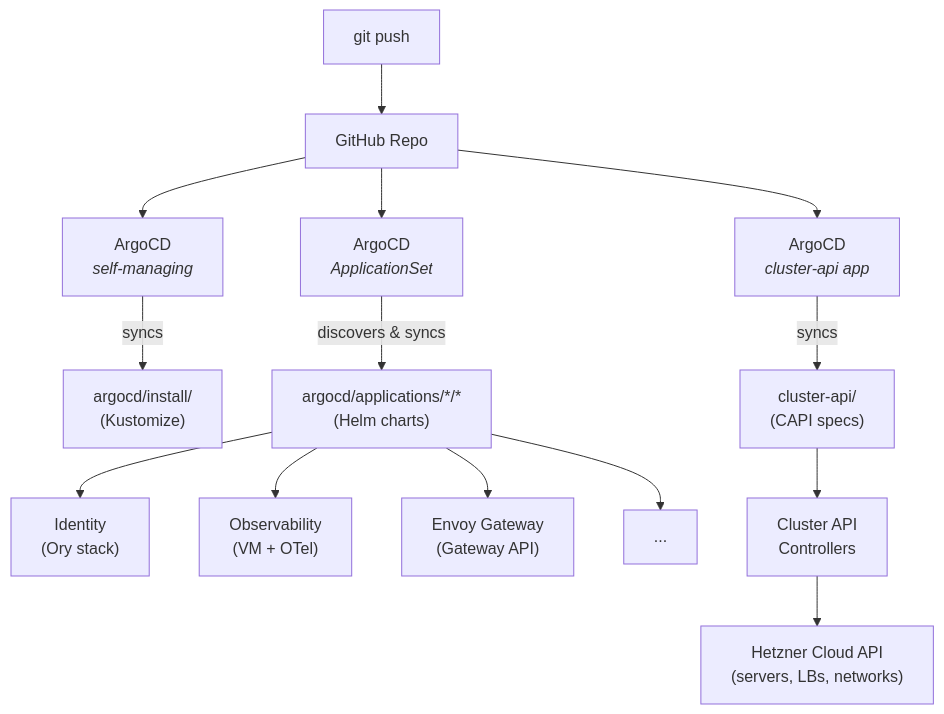
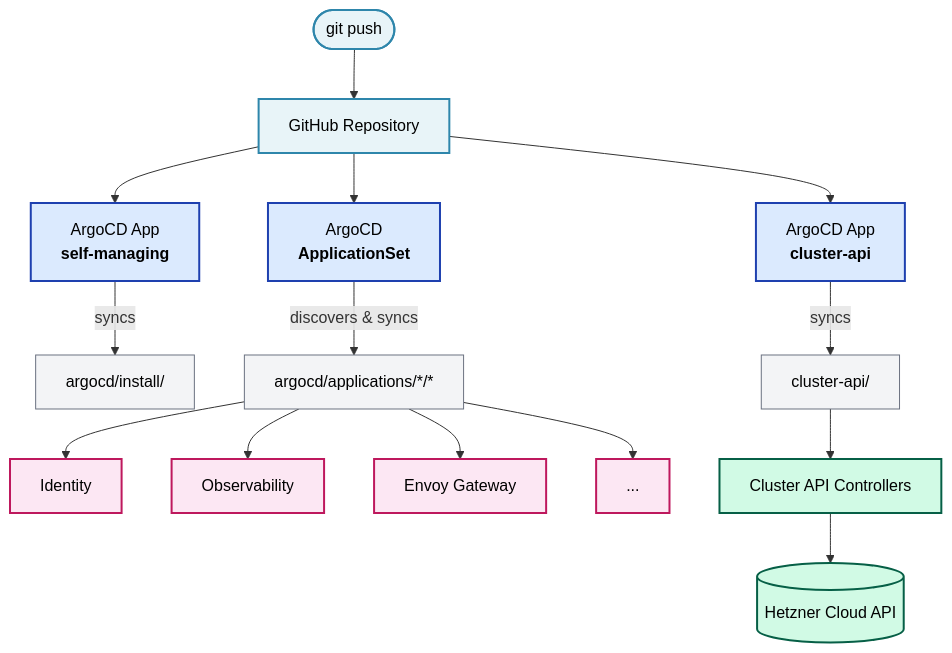
Before and after one commit to SamuelBagattin/talos-hetzner-capi: the first of 3 diagrams in README.md, drawn with Mermaid. The commit also changed other lines of this file, not shown here.

Commit message:
docs: improve Mermaid diagrams with color-coded styling

````diff
--- a/README.md
+++ b/README.md
@@ -11,20 +11,29 @@
 ```mermaid
-graph TD
-    push["git push"] --> repo["GitHub Repo"]
+flowchart TD
+    classDef git fill:#e8f4f8,stroke:#2e86ab,stroke-width:2px,color:#000
+    classDef argo fill:#dbeafe,stroke:#1e40af,stroke-width:2px,color:#000
+    classDef repo fill:#f3f4f6,stroke:#6b7280,stroke-width:1px,color:#000
+    classDef app fill:#fce7f3,stroke:#be185d,stroke-width:2px,color:#000
+    classDef infra fill:#d1fae5,stroke:#065f46,stroke-width:2px,color:#000
 
-    repo --> argocd_self["ArgoCD<br/><i>self-managing</i>"]
-    repo --> argocd_appset["ArgoCD<br/><i>ApplicationSet</i>"]
-    repo --> argocd_capi["ArgoCD<br/><i>cluster-api app</i>"]
+    push(["git push"]):::git
+    repo["GitHub Repository"]:::git
 
-    argocd_self --> |"syncs"| install["argocd/install/<br/>(Kustomize)"]
-    argocd_capi --> |"syncs"| capi_specs["cluster-api/<br/>(CAPI specs)"]
-    argocd_appset --> |"discovers & syncs"| apps["argocd/applications/*/*<br/>(Helm charts)"]
+    push --> repo
 
-    apps --> identity["Identity<br/>(Ory stack)"]
-    apps --> observability["Observability<br/>(VM + OTel)"]
-    apps --> envoy["Envoy Gateway<br/>(Gateway API)"]
-    apps --> others["..."]
+    repo --> argocd_self["ArgoCD App<br/><b>self-managing</b>"]:::argo
+    repo --> argocd_capi["ArgoCD App<br/><b>cluster-api</b>"]:::argo
+    repo --> argocd_appset["ArgoCD<br/><b>ApplicationSet</b>"]:::argo
 
-    capi_specs --> capi["Cluster API<br/>Controllers"]
-    capi --> hetzner["Hetzner Cloud API<br/>(servers, LBs, networks)"]
+    argocd_self -->|"syncs"| install["argocd/install/"]:::repo
+    argocd_capi -->|"syncs"| capi_specs["cluster-api/"]:::repo
+    argocd_appset -->|"discovers & syncs"| apps["argocd/applications/*/*"]:::repo
+
+    apps --> identity["Identity"]:::app
+    apps --> observability["Observability"]:::app
+    apps --> envoy["Envoy Gateway"]:::app
+    apps --> more["..."]:::app
+
+    capi_specs --> capi["Cluster API Controllers"]:::infra
+    capi --> hetzner[("Hetzner Cloud API")]:::infra
 ```
````
